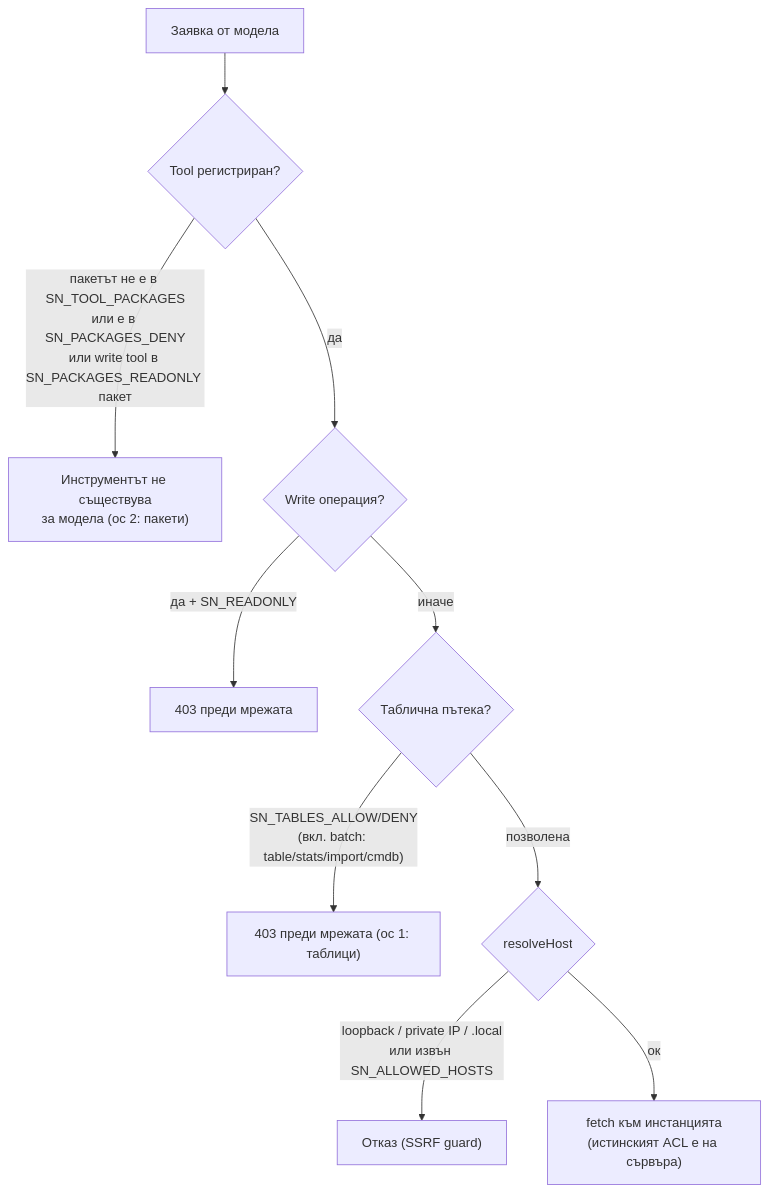
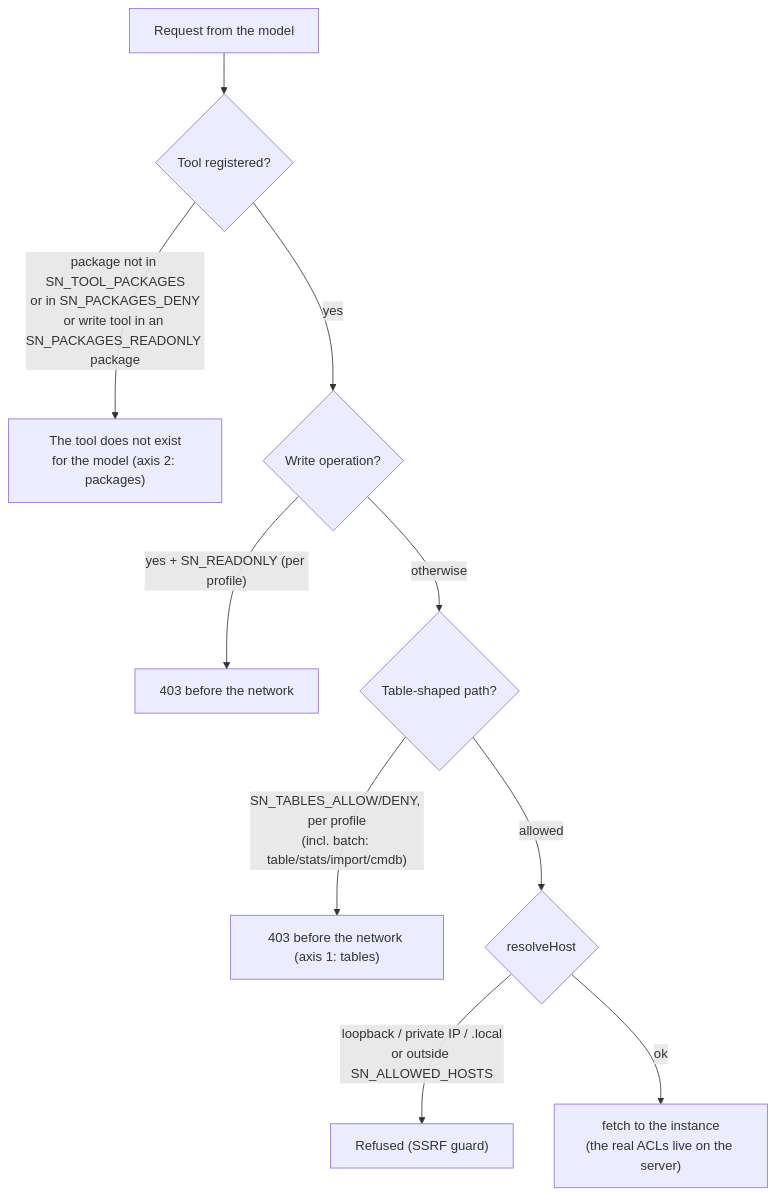
Before and after one commit to IvanBBaev/servicenow-mcp-ai: the third of 5 diagrams in ARCHITECTURE.md, drawn with Mermaid. The commit also changed other lines of this file and 4 other files, not shown here.

First line of the commit message:
docs: translate CHANGELOG, TODO, PRODUCT-STATE, ARCHITECTURE, DONE to English

````diff
--- a/ARCHITECTURE.md
+++ b/ARCHITECTURE.md
@@ -124,12 +125,12 @@
 ```mermaid
 flowchart TD
-    REQ["Заявка от модела"] --> REGQ{"Tool регистриран?"}
-    REGQ -- "пакетът не е в SN_TOOL_PACKAGES<br/>или е в SN_PACKAGES_DENY<br/>или write tool в SN_PACKAGES_READONLY пакет" --> NOTOOL["Инструментът не съществува<br/>за модела (ос 2: пакети)"]
-    REGQ -- да --> WR{"Write операция?"}
-    WR -- "да + SN_READONLY" --> DENY1["403 преди мрежата"]
-    WR -- иначе --> TBL{"Таблична пътека?"}
-    TBL -- "SN_TABLES_ALLOW/DENY<br/>(вкл. batch: table/stats/import/cmdb)" --> DENY2["403 преди мрежата (ос 1: таблици)"]
-    TBL -- позволена --> SSRF{"resolveHost"}
-    SSRF -- "loopback / private IP / .local<br/>или извън SN_ALLOWED_HOSTS" --> DENY3["Отказ (SSRF guard)"]
-    SSRF -- ок --> NET["fetch към инстанцията<br/>(истинският ACL е на сървъра)"]
+    REQ["Request from the model"] --> REGQ{"Tool registered?"}
+    REGQ -- "package not in SN_TOOL_PACKAGES<br/>or in SN_PACKAGES_DENY<br/>or write tool in an SN_PACKAGES_READONLY package" --> NOTOOL["The tool does not exist<br/>for the model (axis 2: packages)"]
+    REGQ -- yes --> WR{"Write operation?"}
+    WR -- "yes + SN_READONLY (per profile)" --> DENY1["403 before the network"]
+    WR -- otherwise --> TBL{"Table-shaped path?"}
+    TBL -- "SN_TABLES_ALLOW/DENY, per profile<br/>(incl. batch: table/stats/import/cmdb)" --> DENY2["403 before the network (axis 1: tables)"]
+    TBL -- allowed --> SSRF{"resolveHost"}
+    SSRF -- "loopback / private IP / .local<br/>or outside SN_ALLOWED_HOSTS" --> DENY3["Refused (SSRF guard)"]
+    SSRF -- ok --> NET["fetch to the instance<br/>(the real ACLs live on the server)"]
 ```
````
